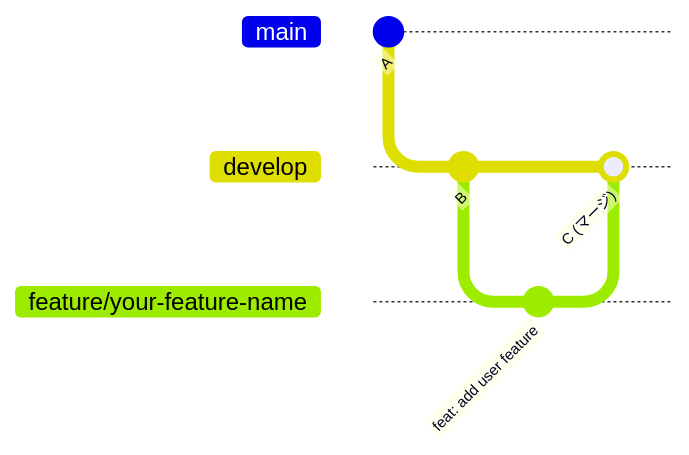
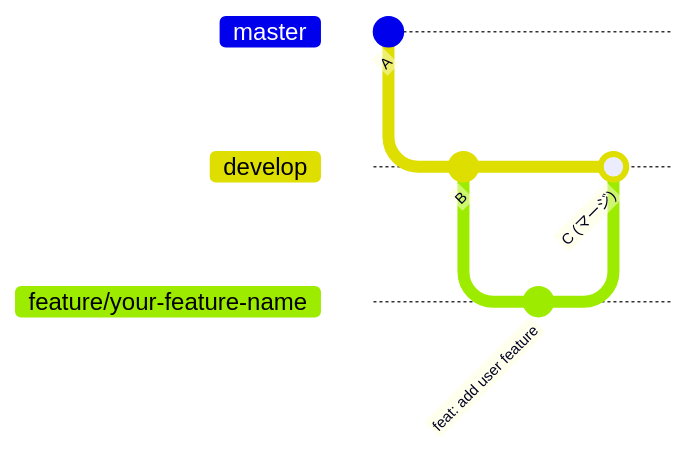
The first of 10 diagrams in docs/branching-and-deployment-runbook.md (raysihto-d250311a/ops-guides-ja), drawn with Mermaid before and after one commit. The commit also changed other lines of this file and 1 other file, not shown here.

First line of the commit message:
docs: configure gitGraph mainBranchName and clarify hotfix RC tag flow (#12)

````diff
--- a/docs/branching-and-deployment-runbook.md
+++ b/docs/branching-and-deployment-runbook.md
@@ -64,12 +64,13 @@
 ```mermaid
+%%{init: {'gitGraph': {'mainBranchName': 'master'}} }%%
 gitGraph
     commit id: "A"
     branch develop
     checkout develop
     commit id: "B"
     branch feature/your-feature-name
     checkout feature/your-feature-name
     commit id: "feat: add user feature"
     checkout develop
     merge feature/your-feature-name id: "C (マージ)"
 ```
````
